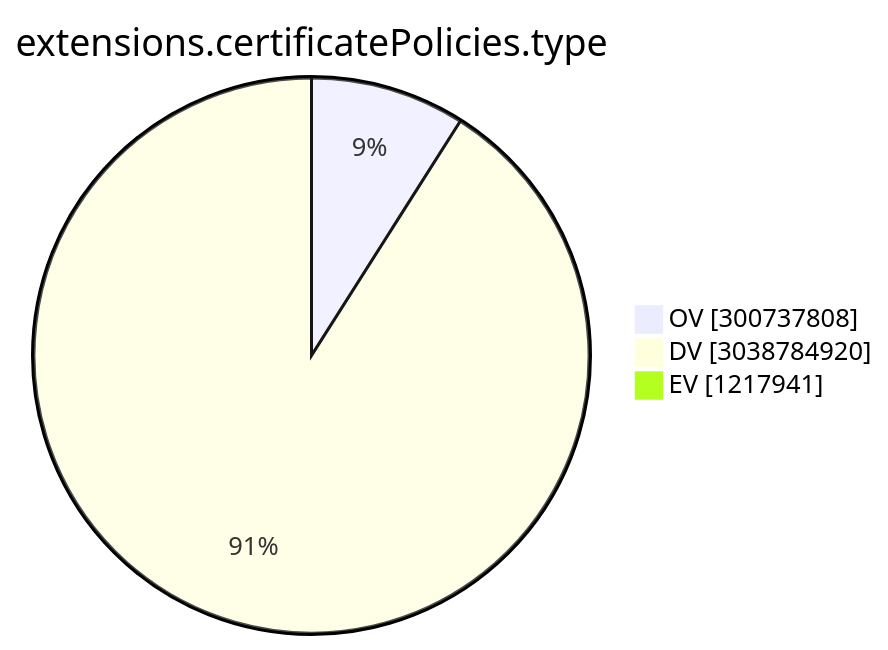
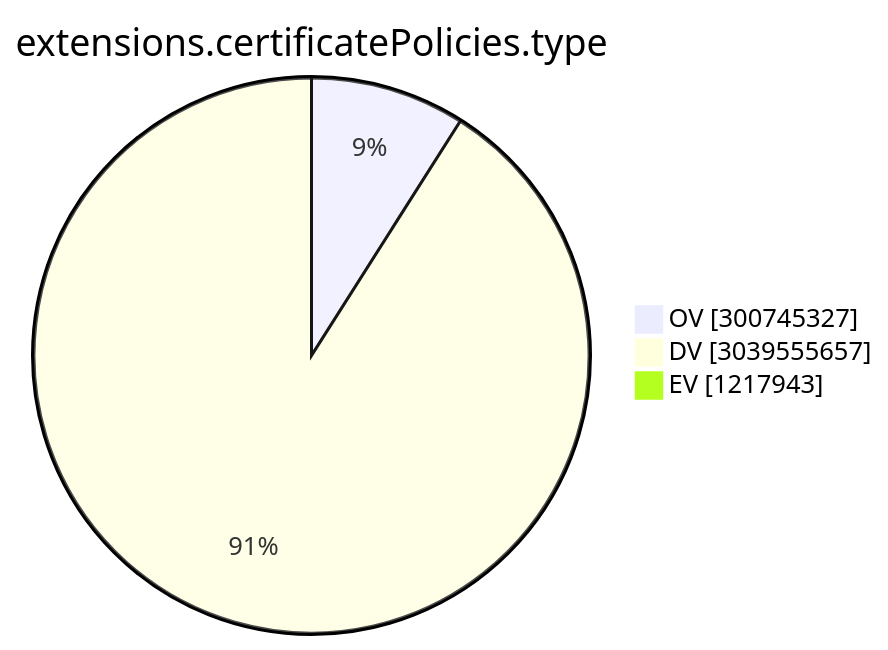
The ninth of 15 diagrams in TOTAL/README.md (christiankrug/ctmonitor_visualization), drawn with Mermaid before and after one commit. The commit also changed other lines of this file, not shown here.

````diff
--- a/TOTAL/README.md
+++ b/TOTAL/README.md
@@ -3102,7 +3102,7 @@
 ```mermaid
 pie showData
 title extensions.certificatePolicies.type
-"OV" :300737808
-"DV" :3038784920
-"EV" :1217941
+"OV" :300745327
+"DV" :3039555657
+"EV" :1217943
 ```
````
